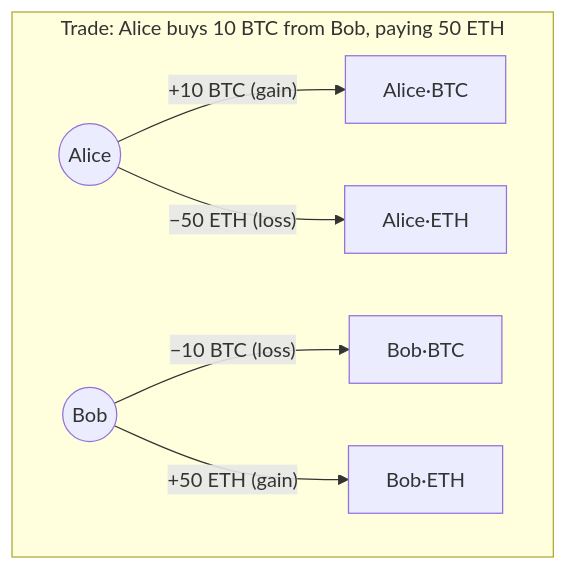
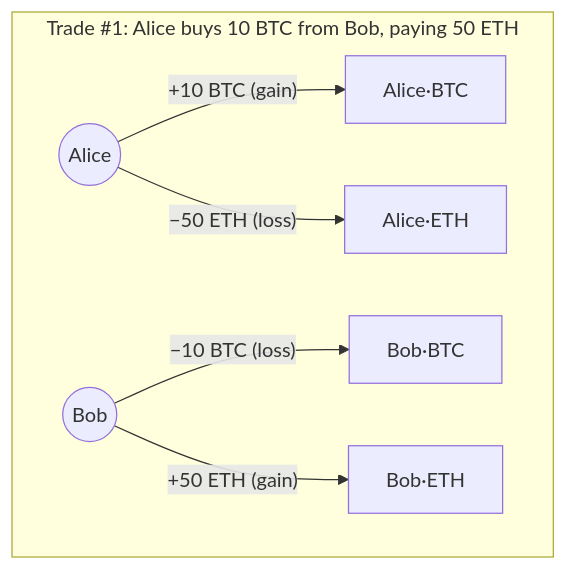
One commit to induwarabas/net-settlement changed the second of 9 diagrams in confluence.md. Above: the diagram before and after it, drawn with Mermaid. The commit also changed other lines of this file, not shown here.

````diff
--- a/confluence.md
+++ b/confluence.md
@@ -135,12 +156,12 @@
 ```mermaid
 flowchart LR
-    subgraph T[" Trade: Alice buys 10 BTC from Bob, paying 50 ETH "]
+    subgraph T[" Trade #1: Alice buys 10 BTC from Bob, paying 50 ETH "]
         direction LR
         Alice((Alice))
         Bob((Bob))
         Alice -- "+10 BTC (gain)" --> ABT[Alice·BTC]
         Alice -- "−50 ETH (loss)" --> AET[Alice·ETH]
         Bob   -- "−10 BTC (loss)" --> BBT[Bob·BTC]
         Bob   -- "+50 ETH (gain)" --> BET[Bob·ETH]
     end
 ```
````
